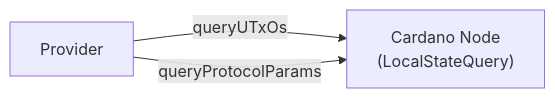
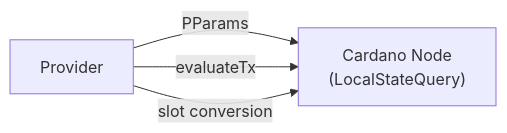
The first of 2 diagrams in docs/architecture/singletons.md (lambdasistemi/cardano-mpfs-offchain), drawn with Mermaid before and after one commit. The commit also changed other lines of this file and 9 other files, not shown here.

````diff
--- a/docs/architecture/singletons.md
+++ b/docs/architecture/singletons.md
@@ -31,8 +39,9 @@
 ```mermaid
 graph LR
     PRV["Provider"]
     NODE["Cardano Node<br/>(LocalStateQuery)"]
 
-    PRV -->|queryUTxOs| NODE
-    PRV -->|queryProtocolParams| NODE
+    PRV -->|PParams| NODE
+    PRV -->|evaluateTx| NODE
+    PRV -->|slot conversion| NODE
 ```
````
